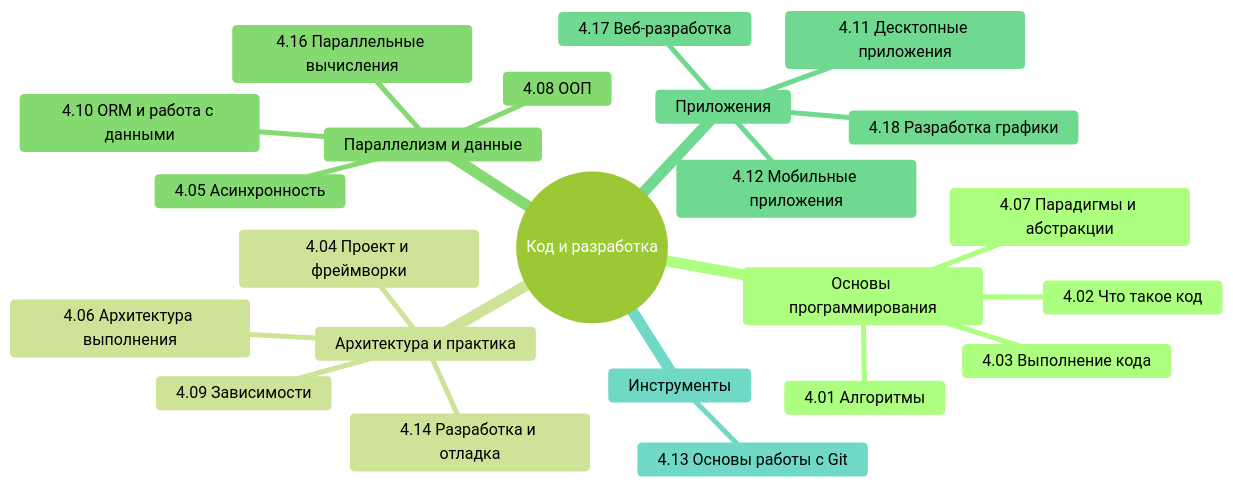
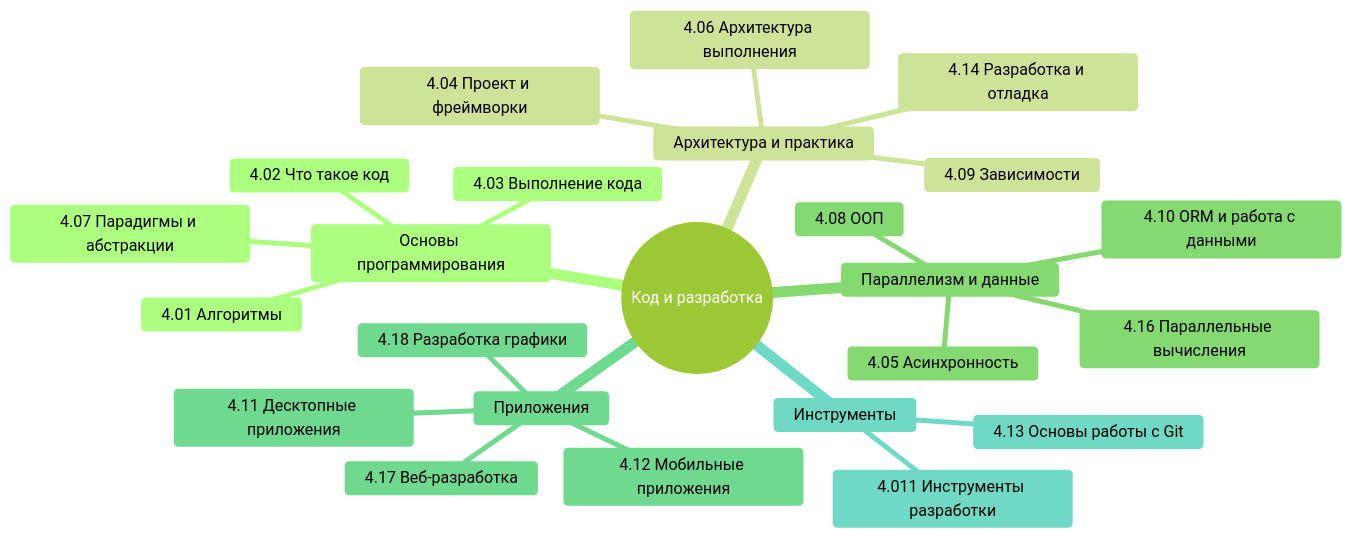
One commit to Spirzen/it-knowledge-base changed the second of 2 diagrams in docs/encyclopedia/4-code-dev/code-dev.md. Above: the diagram before and after it, drawn with Mermaid (forest theme). The commit also changed other lines of this file and 284 other files, not shown here.

````diff
--- a/docs/encyclopedia/4-code-dev/code-dev.md
+++ b/docs/encyclopedia/4-code-dev/code-dev.md
@@ -145,26 +145,27 @@
 ```mermaid
 mindmap
   root((Код и разработка))
     Основы программирования
       4.01 Алгоритмы
       4.02 Что такое код
       4.03 Выполнение кода
       4.07 Парадигмы и абстракции
     Архитектура и практика
       4.04 Проект и фреймворки
       4.06 Архитектура выполнения
       4.09 Зависимости
       4.14 Разработка и отладка
     Параллелизм и данные
       4.05 Асинхронность
       4.16 Параллельные вычисления
       4.08 ООП
       4.10 ORM и работа с данными
     Приложения
       4.11 Десктопные приложения
       4.12 Мобильные приложения
       4.17 Веб-разработка
       4.18 Разработка графики
     Инструменты
+      4.011 Инструменты разработки
       4.13 Основы работы с Git
 ```
````
